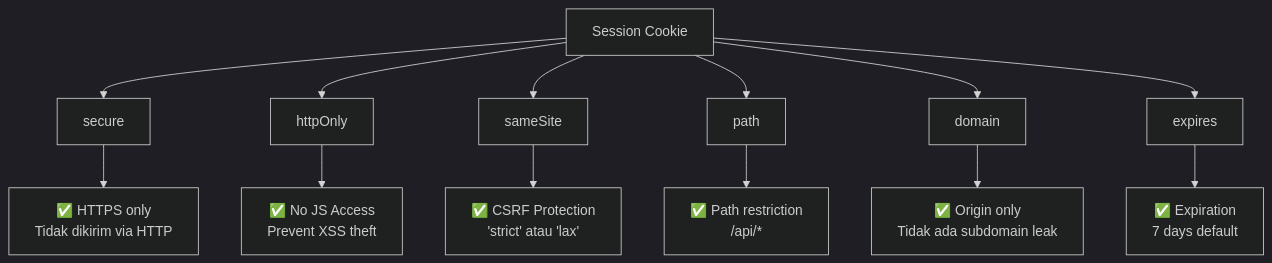
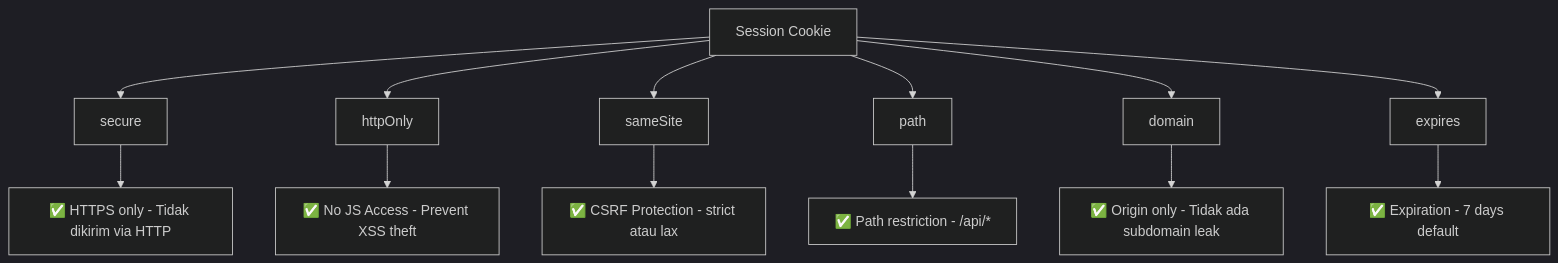
One commit to PKPL-Pusing-Kurang-Paham-Lurr/tk-2 changed the fifth of 18 diagrams in README.md. Above: the diagram before and after it, drawn with Mermaid (dark theme). The commit also changed other lines of this file, not shown here.

````diff
--- a/README.md
+++ b/README.md
@@ -298,16 +298,16 @@
 ```mermaid
 flowchart TB
     A[Session Cookie] --> B[secure]
     A --> C[httpOnly]
     A --> D[sameSite]
     A --> E[path]
     A --> F[domain]
     A --> G[expires]
 
-    B --> B1["✅ HTTPS only<br/>Tidak dikirim via HTTP"]
-    C --> C1["✅ No JS Access<br/>Prevent XSS theft"]
-    D --> D2["✅ CSRF Protection<br/>'strict' atau 'lax'"]
-    E --> E1["✅ Path restriction<br/>/api/*"]
-    F --> F1["✅ Origin only<br/>Tidak ada subdomain leak"]
-    G --> G1["✅ Expiration<br/>7 days default"]
+    B --> B1[✅ HTTPS only - Tidak dikirim via HTTP]
+    C --> C1[✅ No JS Access - Prevent XSS theft]
+    D --> D2[✅ CSRF Protection - strict atau lax]
+    E --> E1[✅ Path restriction - /api/*]
+    F --> F1[✅ Origin only - Tidak ada subdomain leak]
+    G --> G1[✅ Expiration - 7 days default]
 ```
````
